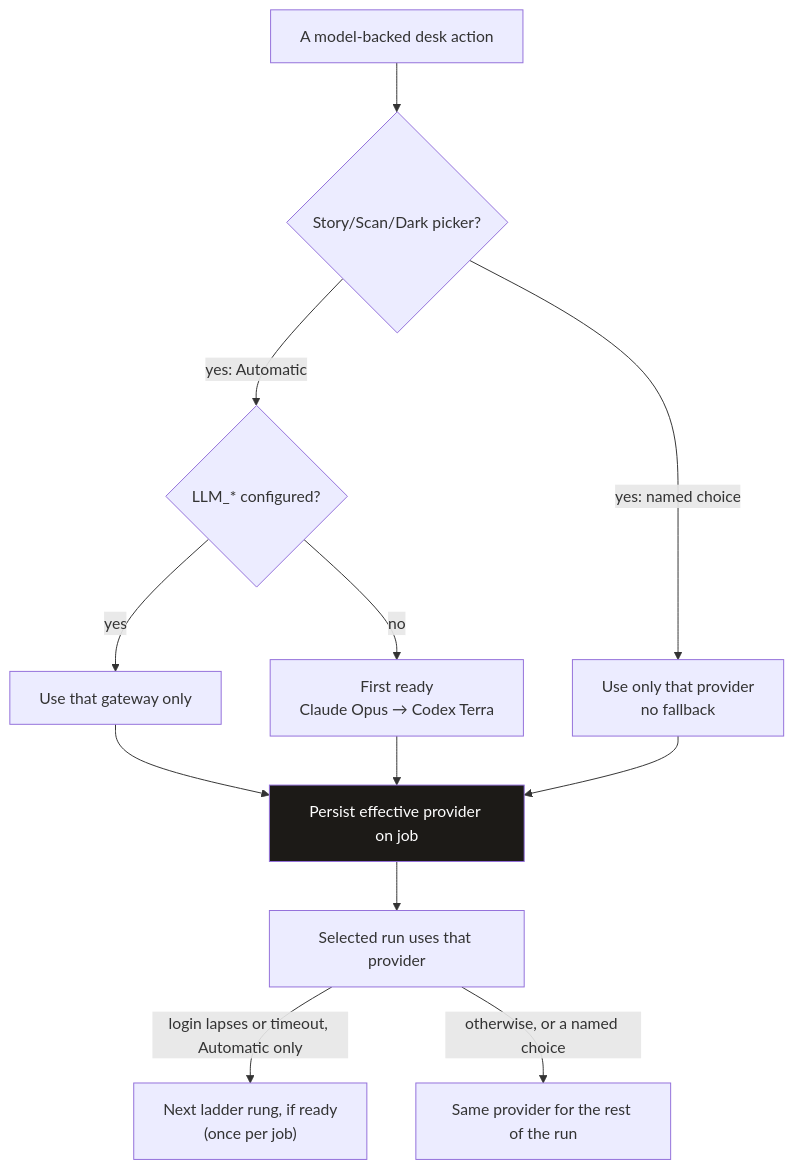
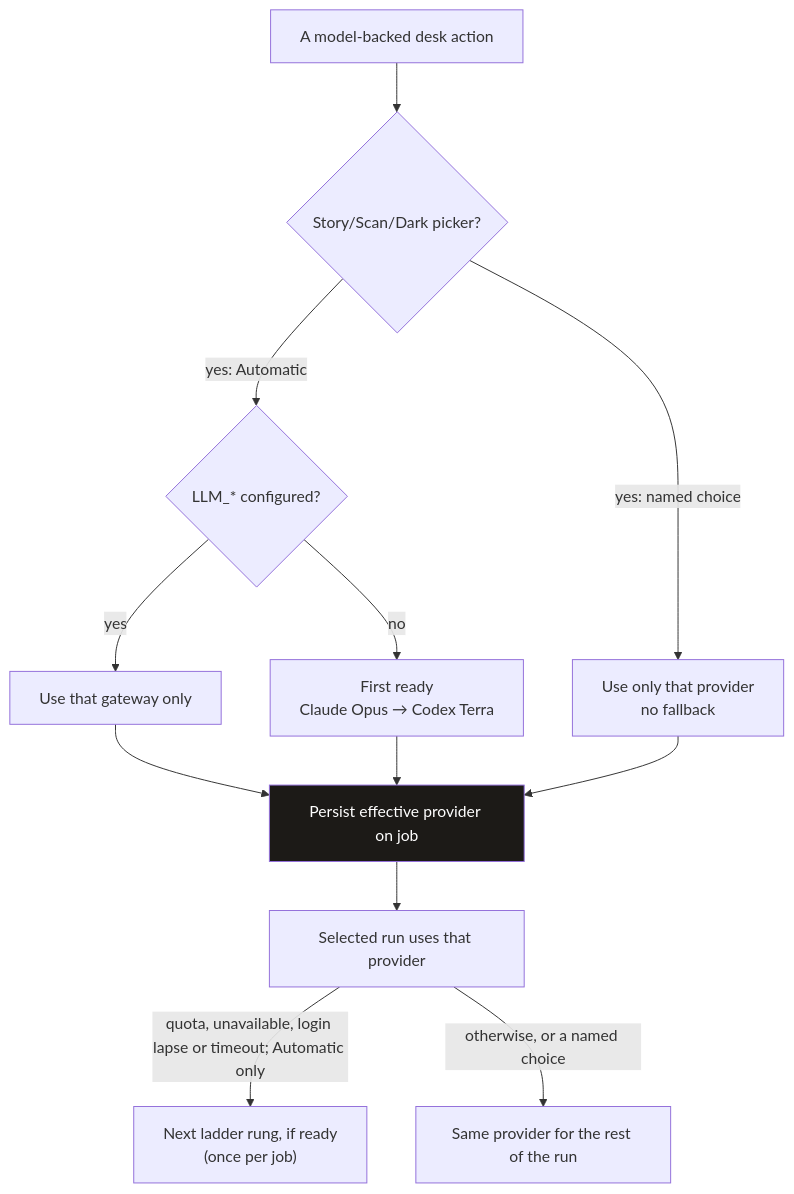
The eighth of 8 diagrams in docs/manual.md (scottconverse/TownReporter), drawn with Mermaid before and after one commit. The commit also changed other lines of this file and 24 other files, not shown here.

````diff
--- a/docs/manual.md
+++ b/docs/manual.md
@@ -1022,16 +1025,16 @@
 ```mermaid
 flowchart TB
     CALL["A model-backed desk action"] --> KIND{"Story/Scan/Dark picker?"}
     KIND -->|yes: Automatic| Q1{"LLM_* configured?"}
     Q1 -->|yes| OAI["Use that gateway only"]
     Q1 -->|no| READY["First ready<br/>Claude Opus → Codex Terra"]
     KIND -->|yes: named choice| ONE["Use only that provider<br/>no fallback"]
     OAI --> SAVE["Persist effective provider on job"]
     READY --> SAVE
     ONE --> SAVE
     SAVE --> RUN["Selected run uses that provider"]
-    RUN -->|login lapses or timeout, Automatic only| NEXT["Next ladder rung, if ready<br/>(once per job)"]
+    RUN -->|quota, unavailable, login lapse or timeout; Automatic only| NEXT["Next ladder rung, if ready<br/>(once per job)"]
     RUN -->|otherwise, or a named choice| SAME["Same provider for the rest of the run"]
 
     style SAVE fill:#1c1a17,color:#fff
 ```
````
